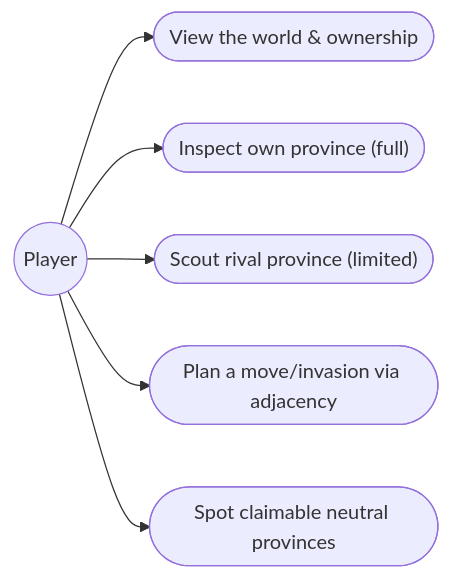
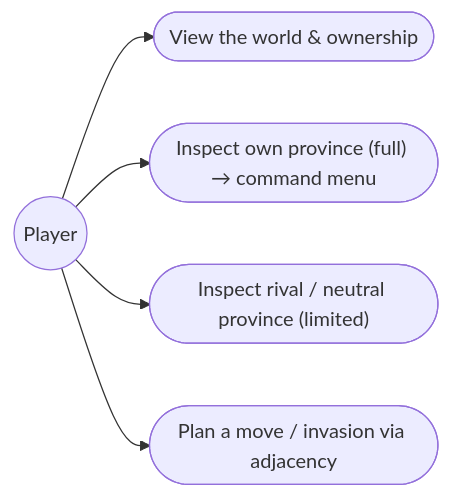
Before and after one commit to pslotinsky/kunstkamera: the first of 2 diagrams in gemfire/docs/design/01-global-map.md, drawn with Mermaid. The commit also changed other lines of this file and 1 other file, not shown here.

````diff
--- a/gemfire/docs/design/01-global-map.md
+++ b/gemfire/docs/design/01-global-map.md
@@ -32,9 +34,8 @@
 ```mermaid
 flowchart LR
   player((Player))
   player --> uc1(["View the world & ownership"])
-  player --> uc2(["Inspect own province (full)"])
-  player --> uc3(["Scout rival province (limited)"])
-  player --> uc4(["Plan a move/invasion via adjacency"])
-  player --> uc5(["Spot claimable neutral provinces"])
+  player --> uc2(["Inspect own province (full) → command menu"])
+  player --> uc3(["Inspect rival / neutral province (limited)"])
+  player --> uc4(["Plan a move / invasion via adjacency"])
 ```
````
